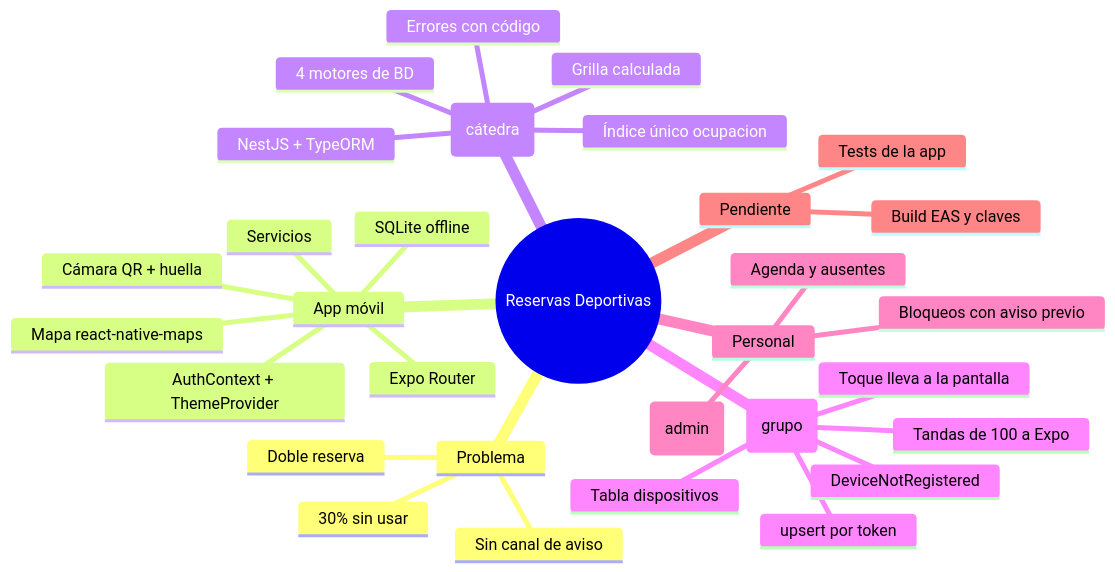
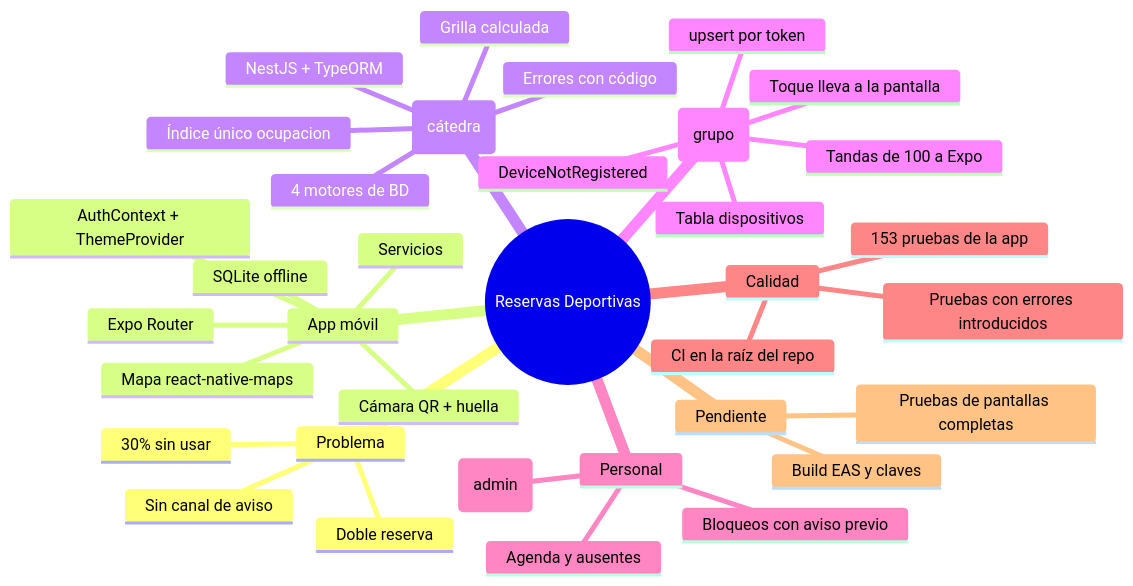
Before and after one commit to lucas12cn/proyecto-final-reservas: the diagram in docs/09-guia-de-defensa.md, drawn with Mermaid. The commit also changed other lines of this file and 32 other files, not shown here.

First line of the commit message:
test(app): 153 pruebas automáticas, CI en la raíz y lógica extraída de las pantallas

````diff
--- a/docs/09-guia-de-defensa.md
+++ b/docs/09-guia-de-defensa.md
@@ -260,34 +276,38 @@
 ```mermaid
 mindmap
   root((Reservas Deportivas))
     Problema
       Doble reserva
       Sin canal de aviso
       30% sin usar
     App móvil
       Expo Router
       AuthContext + ThemeProvider
       Servicios
       SQLite offline
       Cámara QR + huella
       Mapa react-native-maps
     API (cátedra)
       NestJS + TypeORM
       Grilla calculada
       Índice único ocupacion
       Errores con código
       4 motores de BD
     Push (grupo)
       Tabla dispositivos
       upsert por token
       Tandas de 100 a Expo
       DeviceNotRegistered
       Toque lleva a la pantalla
     Personal
       Agenda y ausentes
       Bloqueos con aviso previo
       Fijas y precios (admin)
+    Calidad
+      153 pruebas de la app
+      Pruebas con errores introducidos
+      CI en la raíz del repo
     Pendiente
       Build EAS y claves
-      Tests de la app
+      Pruebas de pantallas completas
 ```
````
